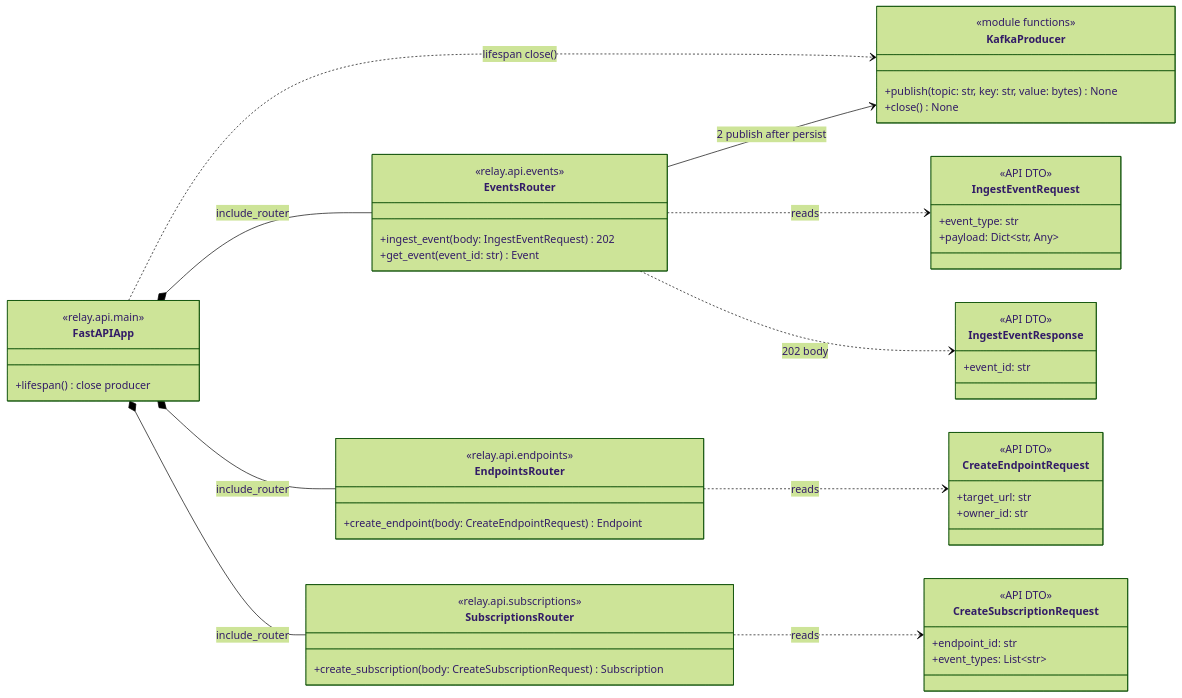
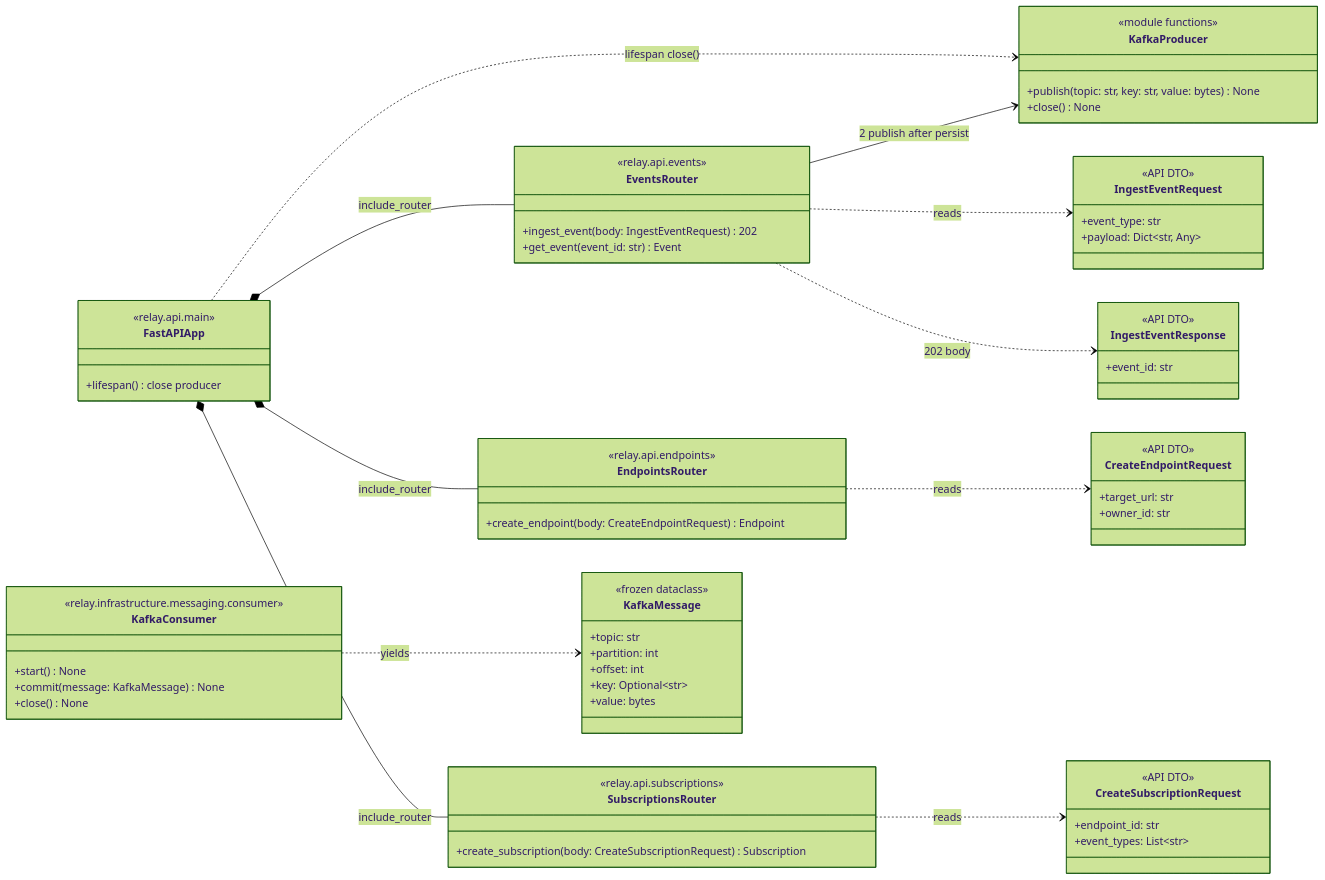
The fourth of 5 diagrams in docs/Diagrams/data-plane-class-diagram.md (RelayForged/relayforge), drawn with Mermaid (forest theme) before and after one commit. The commit also changed other lines of this file and 2 other files, not shown here.

First line of the commit message:
docs: extend Data Plane diagrams for Week 3-4 delivery core

````diff
--- a/docs/Diagrams/data-plane-class-diagram.md
+++ b/docs/Diagrams/data-plane-class-diagram.md
@@ -169,64 +302,81 @@
 ```mermaid
 classDiagram
     direction LR
 
     class FastAPIApp {
         <<relay.api.main>>
         +lifespan() close producer
     }
 
     class EventsRouter {
         <<relay.api.events>>
         +ingest_event(body: IngestEventRequest) 202
         +get_event(event_id: str) Event
     }
 
     class EndpointsRouter {
         <<relay.api.endpoints>>
         +create_endpoint(body: CreateEndpointRequest) Endpoint
     }
 
     class SubscriptionsRouter {
         <<relay.api.subscriptions>>
         +create_subscription(body: CreateSubscriptionRequest) Subscription
     }
 
     class IngestEventRequest {
         <<API DTO>>
         +event_type: str
         +payload: Dict~str, Any~
     }
 
     class IngestEventResponse {
         <<API DTO>>
         +event_id: str
     }
 
     class CreateEndpointRequest {
         <<API DTO>>
         +target_url: str
         +owner_id: str
     }
 
     class CreateSubscriptionRequest {
         <<API DTO>>
         +endpoint_id: str
         +event_types: List~str~
     }
 
     class KafkaProducer {
         <<module functions>>
         +publish(topic: str, key: str, value: bytes) None
         +close() None
     }
 
+    class KafkaConsumer {
+        <<relay.infrastructure.messaging.consumer>>
+        +start() None
+        +commit(message: KafkaMessage) None
+        +close() None
+    }
+
+    class KafkaMessage {
+        <<frozen dataclass>>
+        +topic: str
+        +partition: int
+        +offset: int
+        +key: Optional~str~
+        +value: bytes
+    }
+
     FastAPIApp *-- EventsRouter : include_router
     FastAPIApp *-- EndpointsRouter : include_router
     FastAPIApp *-- SubscriptionsRouter : include_router
     FastAPIApp ..> KafkaProducer : lifespan close()
     EventsRouter --> KafkaProducer : 2 publish after persist
     EventsRouter ..> IngestEventRequest : reads
     EventsRouter ..> IngestEventResponse : 202 body
     EndpointsRouter ..> CreateEndpointRequest : reads
     SubscriptionsRouter ..> CreateSubscriptionRequest : reads
+    KafkaConsumer ..> KafkaMessage : yields
 ```
````
